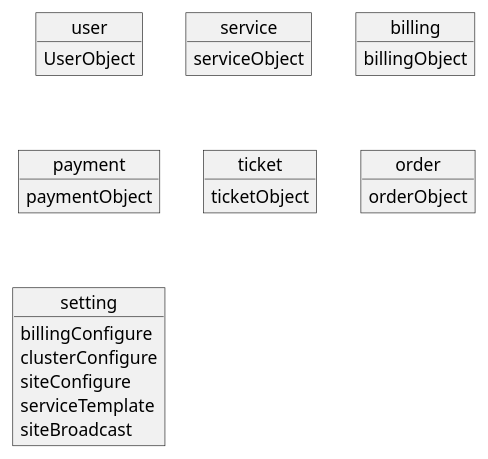
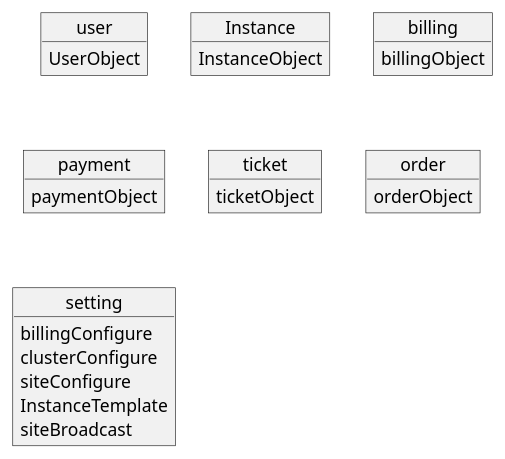
One commit to CaliNetwork/TransData changed the second of 3 diagrams in documents/README.adoc. Above: the diagram before and after it, drawn with PlantUML. The commit also changed other lines of this file and 12 other files, not shown here.

```diff
--- a/documents/README.adoc
+++ b/documents/README.adoc
@@ -81,30 +81,30 @@
 [plantuml]
 ....
 @startuml
 object user {
     UserObject
 }
-object service {
-    serviceObject
+object Instance {
+    InstanceObject
 }
 object billing {
     billingObject
 }
 object payment {
     paymentObject
 }
 object ticket {
     ticketObject
 }
 object order {
     orderObject
 }
 object setting {
     billingConfigure
     clusterConfigure
     siteConfigure
-    serviceTemplate
+    InstanceTemplate
     siteBroadcast
 }
 @enduml
 ....
```
